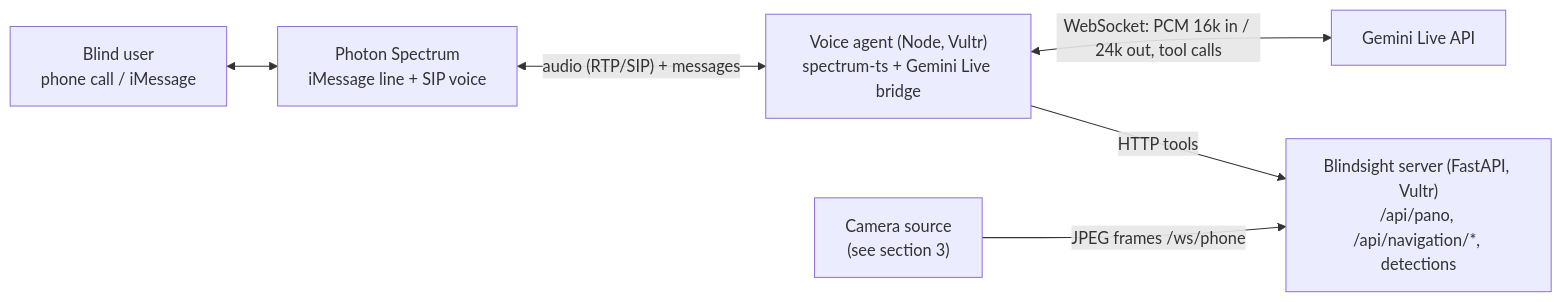
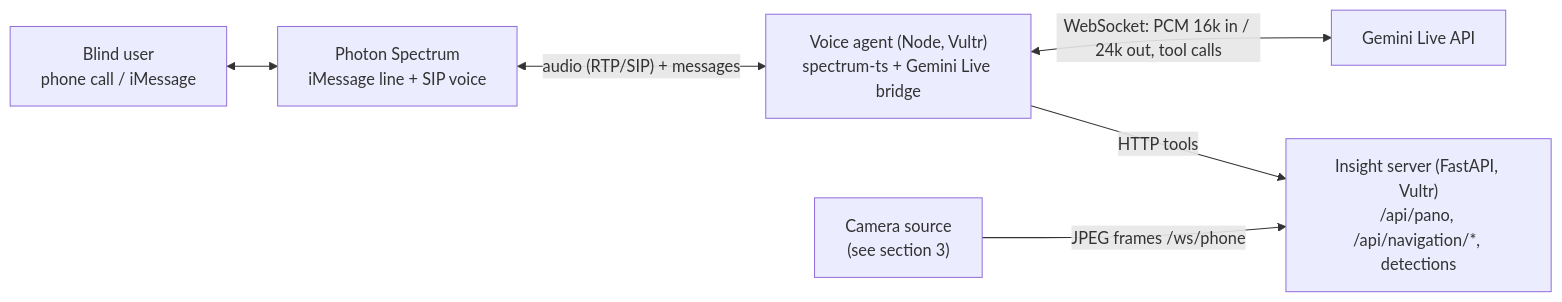
The diagram in VOICE_AGENT.md (epicgdog/blindsight), drawn with Mermaid before and after one commit. The commit also changed other lines of this file and 59 other files, not shown here.

````diff
--- a/VOICE_AGENT.md
+++ b/VOICE_AGENT.md
@@ -11,8 +11,8 @@
 ```mermaid
 flowchart LR
   U["Blind user<br/>phone call / iMessage"] <--> PH["Photon Spectrum<br/>iMessage line + SIP voice"]
   PH <-- "audio (RTP/SIP) + messages" --> VA["Voice agent (Node, Vultr)<br/>spectrum-ts + Gemini Live bridge"]
   VA <-- "WebSocket: PCM 16k in / 24k out, tool calls" --> G["Gemini Live API"]
-  VA -- "HTTP tools" --> BS["Blindsight server (FastAPI, Vultr)<br/>/api/pano, /api/navigation/*, detections"]
+  VA -- "HTTP tools" --> BS["Insight server (FastAPI, Vultr)<br/>/api/pano, /api/navigation/*, detections"]
   CAM["Camera source<br/>(see section 3)"] -- "JPEG frames /ws/phone" --> BS
 ```
````
